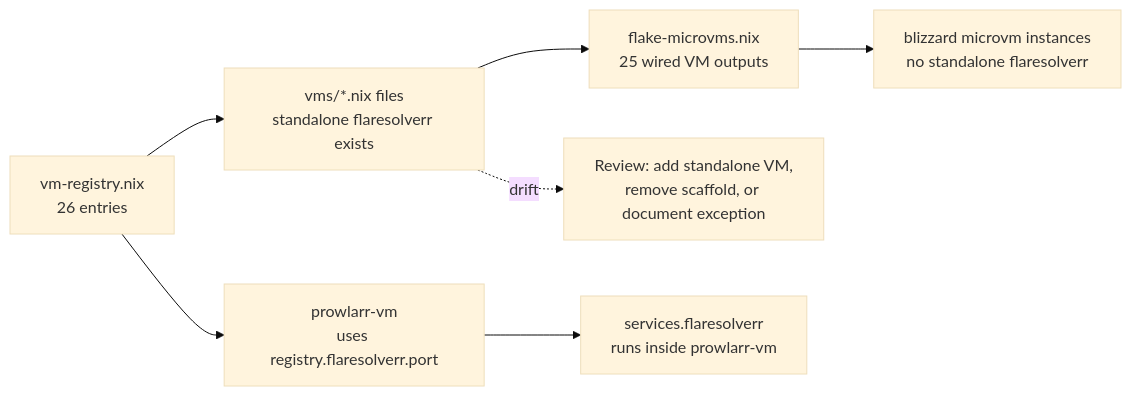
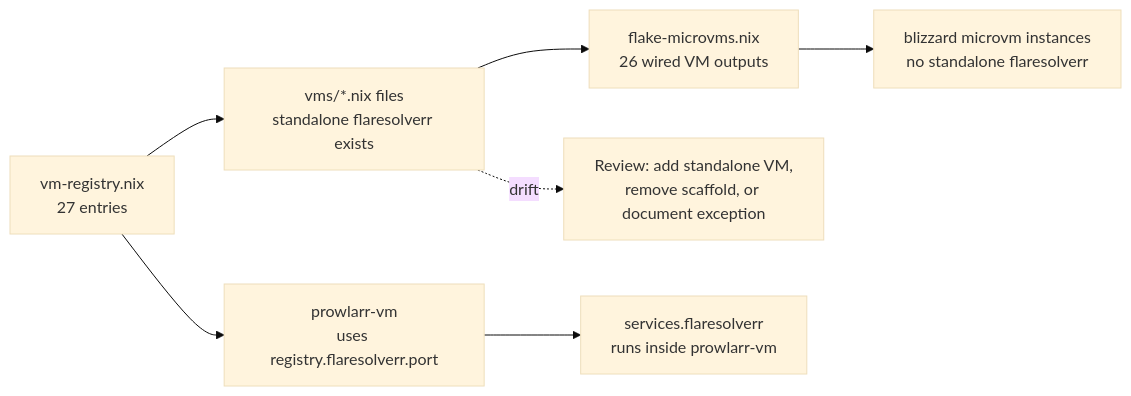
Before and after one commit to telometto/nix-config: the second of 3 diagrams in docs/architecture-risks-and-improvements.md, drawn with Mermaid (base theme). The commit also changed other lines of this file and 4 other files, not shown here.

````diff
--- a/docs/architecture-risks-and-improvements.md
+++ b/docs/architecture-risks-and-improvements.md
@@ -82,9 +86,9 @@
 ```mermaid
 flowchart LR
-    R["vm-registry.nix\n26 entries"] --> F["vms/*.nix files\nstandalone flaresolverr exists"]
-    F --> O["flake-microvms.nix\n25 wired VM outputs"]
+    R["vm-registry.nix\n27 entries"] --> F["vms/*.nix files\nstandalone flaresolverr exists"]
+    F --> O["flake-microvms.nix\n26 wired VM outputs"]
     O --> H["blizzard microvm instances\nno standalone flaresolverr"]
     R --> P["prowlarr-vm\nuses registry.flaresolverr.port"]
     P --> S["services.flaresolverr\nruns inside prowlarr-vm"]
     F -. drift .-> D["Review: add standalone VM,\nremove scaffold, or document exception"]
 ```
````
